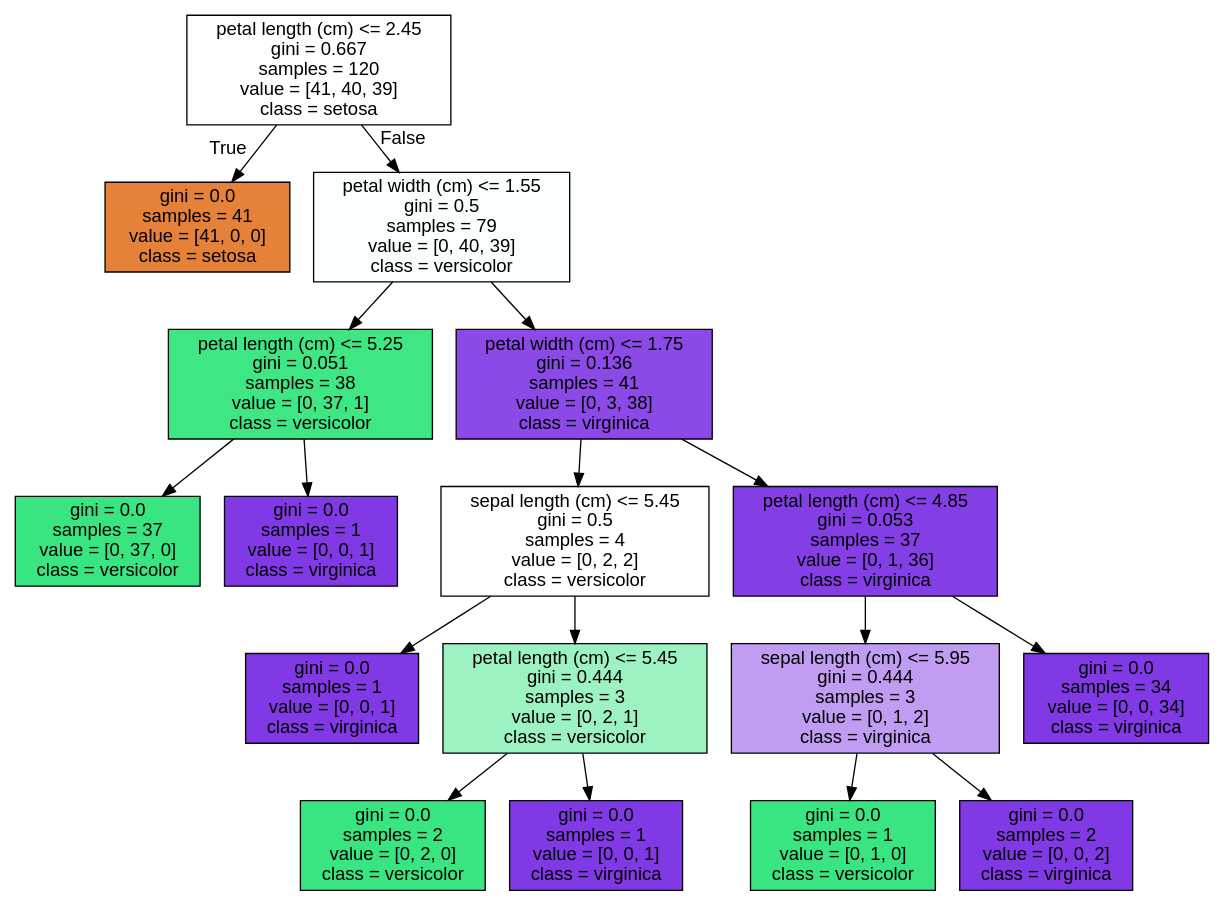
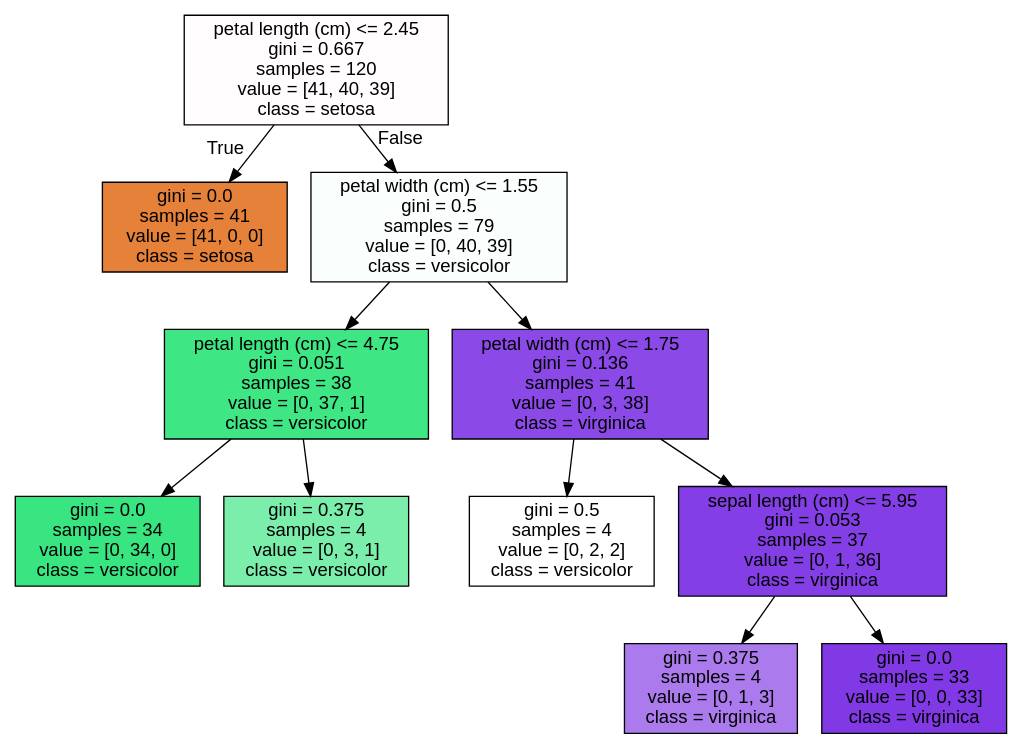
One commit to Yubin-Hong/python_machine_learning_guide changed the diagram in tree.dot. Above: the diagram before and after it, drawn with Graphviz.

```diff
--- a/tree.dot
+++ b/tree.dot
@@ -1,37 +1,25 @@
 digraph Tree {
 node [shape=box, style="filled", color="black", fontname="helvetica"] ;
 edge [fontname="helvetica"] ;
 0 [label="petal length (cm) <= 2.45\ngini = 0.667\nsamples = 120\nvalue = [41, 40, 39]\nclass = setosa", fillcolor="#fffdfd"] ;
 1 [label="gini = 0.0\nsamples = 41\nvalue = [41, 0, 0]\nclass = setosa", fillcolor="#e58139"] ;
 0 -> 1 [labeldistance=2.5, labelangle=45, headlabel="True"] ;
 2 [label="petal width (cm) <= 1.55\ngini = 0.5\nsamples = 79\nvalue = [0, 40, 39]\nclass = versicolor", fillcolor="#fafefc"] ;
 0 -> 2 [labeldistance=2.5, labelangle=-45, headlabel="False"] ;
-3 [label="petal length (cm) <= 5.25\ngini = 0.051\nsamples = 38\nvalue = [0, 37, 1]\nclass = versicolor", fillcolor="#3ee684"] ;
+3 [label="petal length (cm) <= 4.75\ngini = 0.051\nsamples = 38\nvalue = [0, 37, 1]\nclass = versicolor", fillcolor="#3ee684"] ;
 2 -> 3 ;
-4 [label="gini = 0.0\nsamples = 37\nvalue = [0, 37, 0]\nclass = versicolor", fillcolor="#39e581"] ;
+4 [label="gini = 0.0\nsamples = 34\nvalue = [0, 34, 0]\nclass = versicolor", fillcolor="#39e581"] ;
 3 -> 4 ;
-5 [label="gini = 0.0\nsamples = 1\nvalue = [0, 0, 1]\nclass = virginica", fillcolor="#8139e5"] ;
+5 [label="gini = 0.375\nsamples = 4\nvalue = [0, 3, 1]\nclass = versicolor", fillcolor="#7beeab"] ;
 3 -> 5 ;
 6 [label="petal width (cm) <= 1.75\ngini = 0.136\nsamples = 41\nvalue = [0, 3, 38]\nclass = virginica", fillcolor="#8b49e7"] ;
 2 -> 6 ;
-7 [label="sepal length (cm) <= 5.45\ngini = 0.5\nsamples = 4\nvalue = [0, 2, 2]\nclass = versicolor", fillcolor="#ffffff"] ;
+7 [label="gini = 0.5\nsamples = 4\nvalue = [0, 2, 2]\nclass = versicolor", fillcolor="#ffffff"] ;
 6 -> 7 ;
-8 [label="gini = 0.0\nsamples = 1\nvalue = [0, 0, 1]\nclass = virginica", fillcolor="#8139e5"] ;
-7 -> 8 ;
-9 [label="petal length (cm) <= 5.45\ngini = 0.444\nsamples = 3\nvalue = [0, 2, 1]\nclass = versicolor", fillcolor="#9cf2c0"] ;
-7 -> 9 ;
-10 [label="gini = 0.0\nsamples = 2\nvalue = [0, 2, 0]\nclass = versicolor", fillcolor="#39e581"] ;
-9 -> 10 ;
-11 [label="gini = 0.0\nsamples = 1\nvalue = [0, 0, 1]\nclass = virginica", fillcolor="#8139e5"] ;
-9 -> 11 ;
-12 [label="petal length (cm) <= 4.85\ngini = 0.053\nsamples = 37\nvalue = [0, 1, 36]\nclass = virginica", fillcolor="#843ee6"] ;
-6 -> 12 ;
-13 [label="sepal length (cm) <= 5.95\ngini = 0.444\nsamples = 3\nvalue = [0, 1, 2]\nclass = virginica", fillcolor="#c09cf2"] ;
-12 -> 13 ;
-14 [label="gini = 0.0\nsamples = 1\nvalue = [0, 1, 0]\nclass = versicolor", fillcolor="#39e581"] ;
-13 -> 14 ;
-15 [label="gini = 0.0\nsamples = 2\nvalue = [0, 0, 2]\nclass = virginica", fillcolor="#8139e5"] ;
-13 -> 15 ;
-16 [label="gini = 0.0\nsamples = 34\nvalue = [0, 0, 34]\nclass = virginica", fillcolor="#8139e5"] ;
-12 -> 16 ;
+8 [label="sepal length (cm) <= 5.95\ngini = 0.053\nsamples = 37\nvalue = [0, 1, 36]\nclass = virginica", fillcolor="#843ee6"] ;
+6 -> 8 ;
+9 [label="gini = 0.375\nsamples = 4\nvalue = [0, 1, 3]\nclass = virginica", fillcolor="#ab7bee"] ;
+8 -> 9 ;
+10 [label="gini = 0.0\nsamples = 33\nvalue = [0, 0, 33]\nclass = virginica", fillcolor="#8139e5"] ;
+8 -> 10 ;
 }
```
